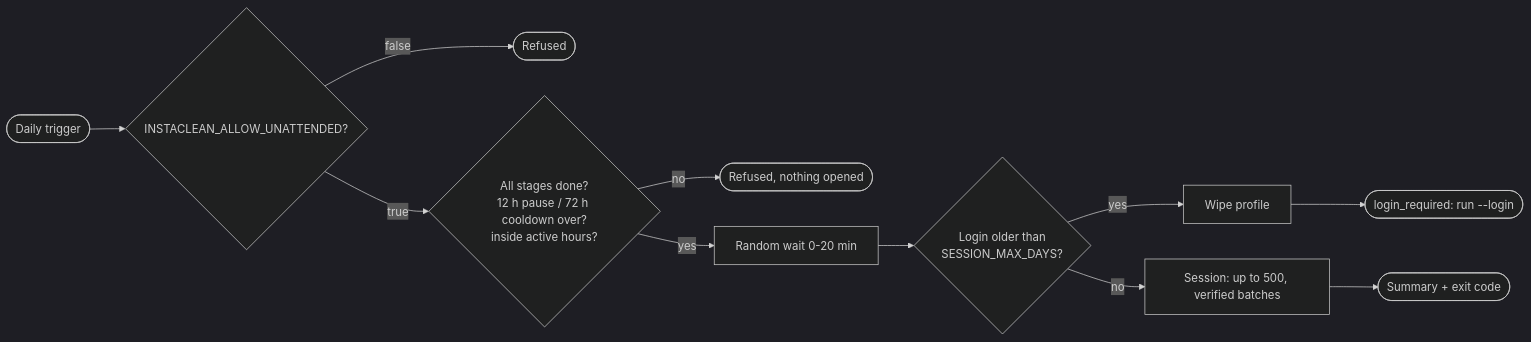
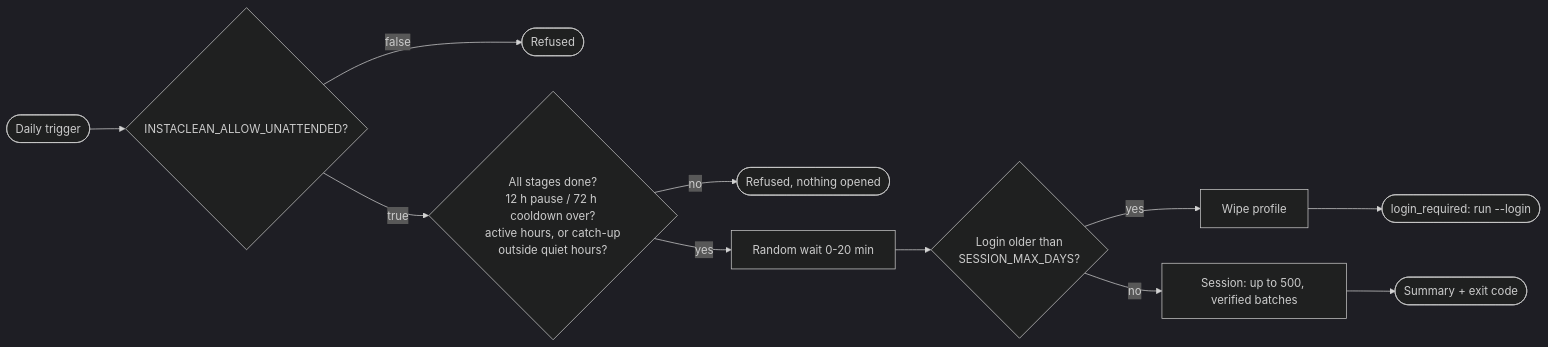
The sixth of 8 diagrams in README.md (Mr-Hodler/Instaclean), drawn with Mermaid (dark theme) before and after one commit. The commit also changed other lines of this file and 6 other files, not shown here.

First line of the commit message:
feat: active hours are preferred; catch up missed sessions outside them, never at night

````diff
--- a/README.md
+++ b/README.md
@@ -303,12 +307,12 @@
 ```mermaid
 flowchart LR
     T([Daily trigger]) --> C{INSTACLEAN_ALLOW_UNATTENDED?}
     C -->|false| X1([Refused])
-    C -->|true| G{All stages done?<br/>12 h pause / 72 h cooldown over?<br/>inside active hours?}
+    C -->|true| G{All stages done?<br/>12 h pause / 72 h cooldown over?<br/>active hours, or catch-up<br/>outside quiet hours?}
     G -->|no| X2([Refused, nothing opened])
     G -->|yes| J[Random wait 0-20 min] --> E
     E{Login older than<br/>SESSION_MAX_DAYS?}
     E -->|yes| W[Wipe profile] --> L([login_required: run --login])
     E -->|no| S[Session: up to 500, verified batches]
     S --> R([Summary + exit code])
 ```
````
